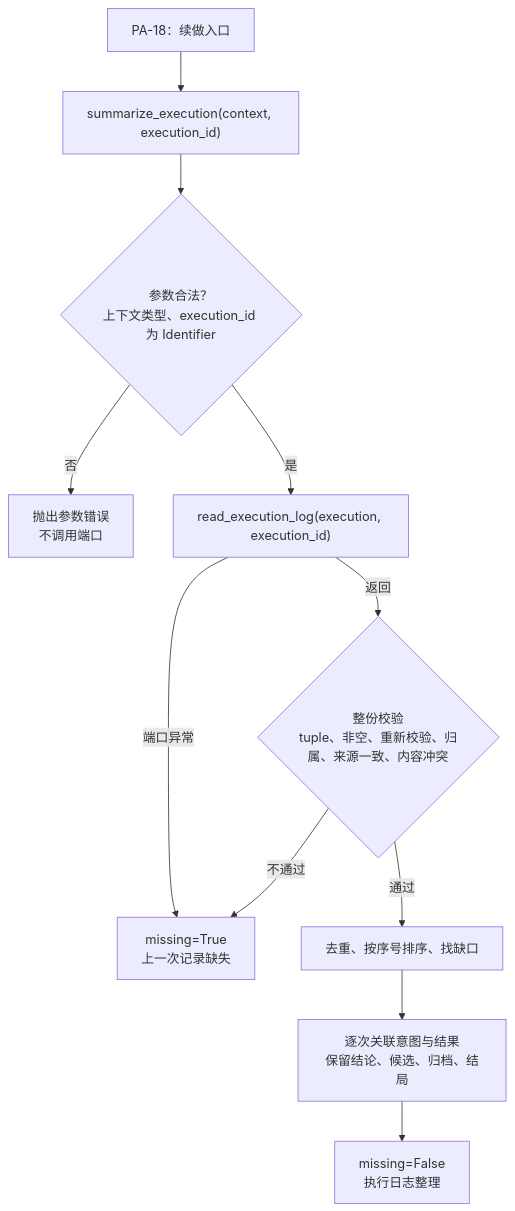
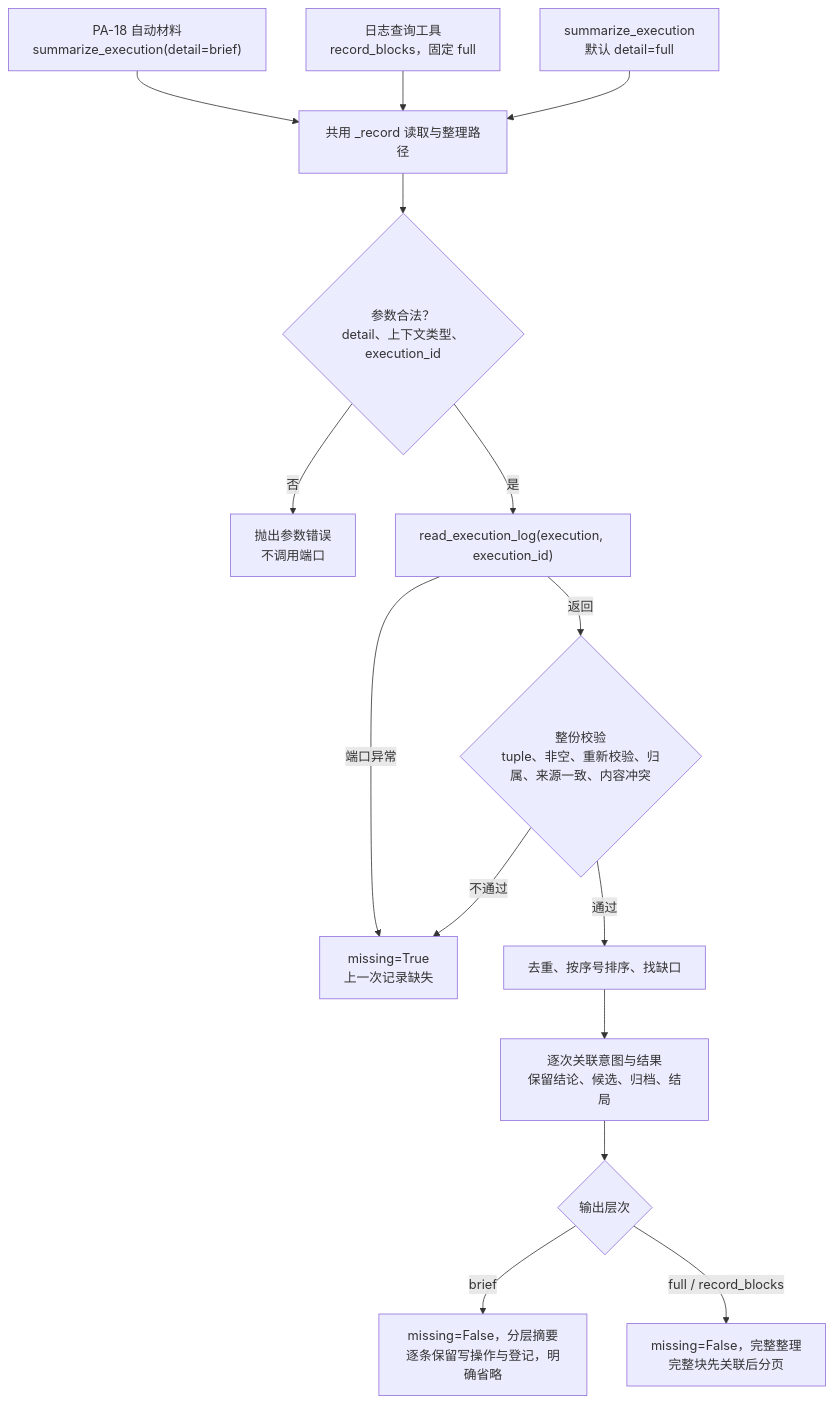
Before and after one commit to openJiuwen-ai/agent-core: the diagram in openjiuwen/harness/persistent_agent/docs/features/F_19_execution-log-record.md, drawn with Mermaid. The commit also changed other lines of this file and 16 other files, not shown here.

````diff
--- a/openjiuwen/harness/persistent_agent/docs/features/F_19_execution-log-record.md
+++ b/openjiuwen/harness/persistent_agent/docs/features/F_19_execution-log-record.md
@@ -65,13 +65,17 @@
 ```mermaid
 flowchart TD
-    A["PA-18：续做入口"] --> R["summarize_execution(context, execution_id)"]
-    R --> P{"参数合法？<br/>上下文类型、execution_id 为 Identifier"}
+    A["PA-18 自动材料<br/>summarize_execution(detail=brief)"] --> R["共用 _record 读取与整理路径"]
+    D["日志查询工具<br/>record_blocks，固定 full"] --> R
+    F["summarize_execution<br/>默认 detail=full"] --> R
+    R --> P{"参数合法？<br/>detail、上下文类型、execution_id"}
     P -- "否" --> X["抛出参数错误<br/>不调用端口"]
     P -- "是" --> L["read_execution_log(execution, execution_id)"]
     L -- "端口异常" --> M["missing=True<br/>上一次记录缺失"]
     L -- "返回" --> V{"整份校验<br/>tuple、非空、重新校验、归属、来源一致、内容冲突"}
     V -- "不通过" --> M
     V -- "通过" --> S["去重、按序号排序、找缺口"]
     S --> G["逐次关联意图与结果<br/>保留结论、候选、归档、结局"]
-    G --> T["missing=False<br/>执行日志整理"]
+    G --> K{"输出层次"}
+    K -- "brief" --> T["missing=False，分层摘要<br/>逐条保留写操作与登记，明确省略"]
+    K -- "full / record_blocks" --> U["missing=False，完整整理<br/>完整块先关联后分页"]
 ```
````
